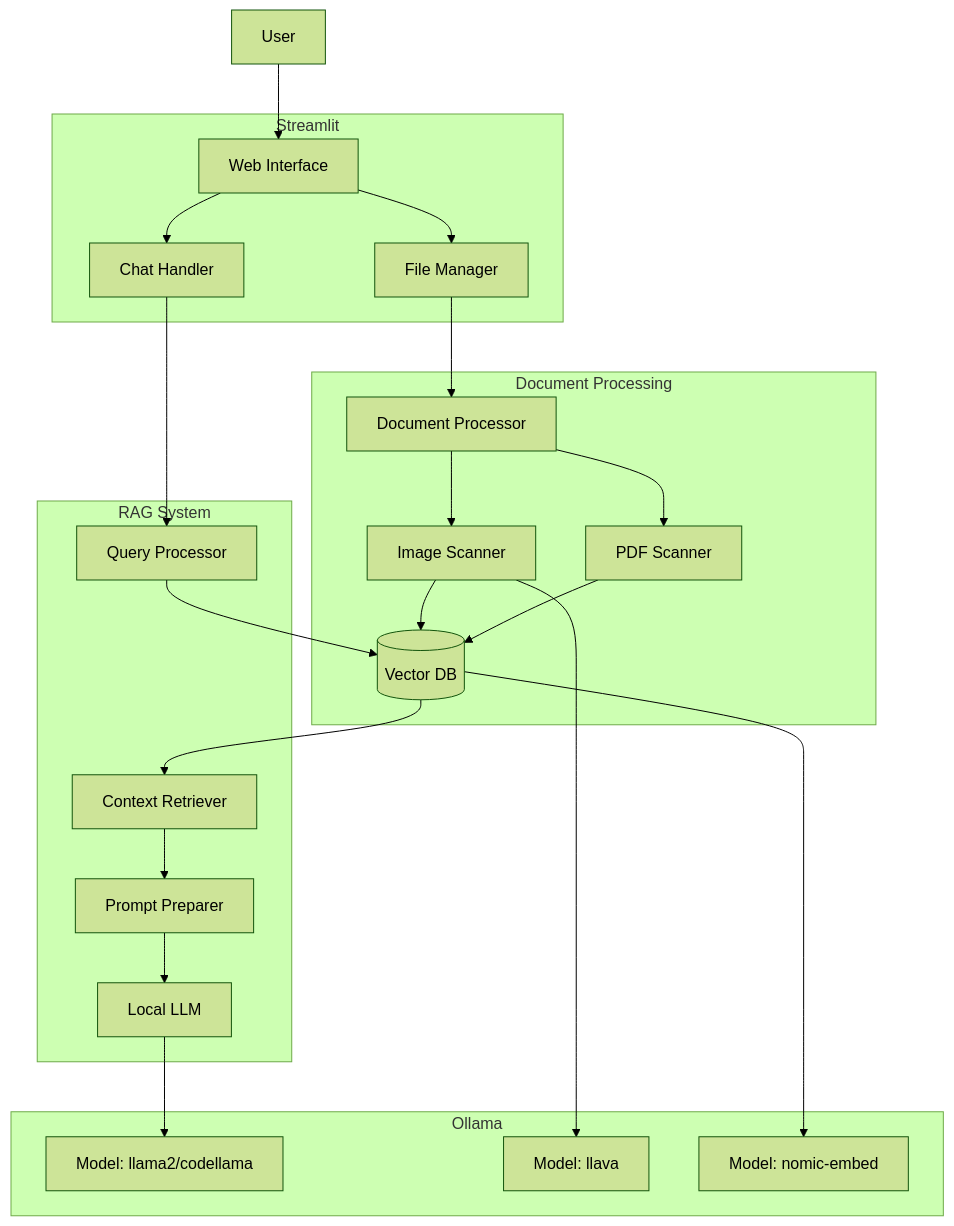
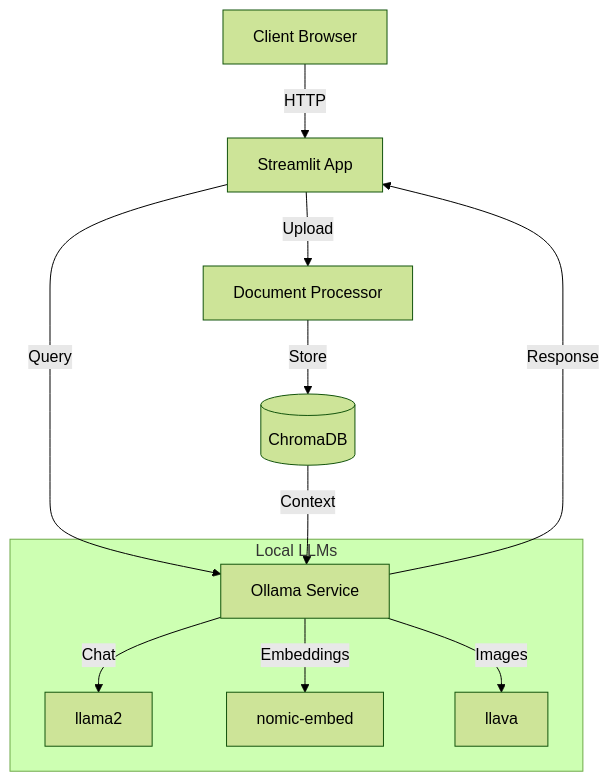
The first of 3 diagrams in README.md (khaosans/basic-chat), drawn with Mermaid (forest theme) before and after one commit. The commit also changed other lines of this file and 5 other files, not shown here.

````diff
--- a/README.md
+++ b/README.md
@@ -28,30 +8,15 @@
 ```mermaid
-graph TB
-    U[User] --> W[Web Interface]
-    subgraph Streamlit
-        W --> FM[File Manager]
-        W --> CH[Chat Handler]
-    end
+graph TD
+    A[Client Browser] -->|HTTP| B[Streamlit App]
+    B -->|Upload| C[Document Processor]
+    C -->|Store| D[(ChromaDB)]
+    B -->|Query| E[Ollama Service]
+    D -->|Context| E
+    E -->|Response| B
     
-    subgraph Document Processing
-        FM --> DP[Document Processor]
-        DP --> IS[Image Scanner]
-        DP --> PS[PDF Scanner]
-        IS --> VDB[(Vector DB)]
-        PS --> VDB
-    end
-    
-    subgraph RAG System
-        CH --> QP[Query Processor]
-        QP --> VDB
-        VDB --> CR[Context Retriever]
-        CR --> PP[Prompt Preparer]
-        PP --> LLM[Local LLM]
-    end
-    
-    subgraph Ollama
-        LLM --> OM[Model: llama2/codellama]
-        IS --> LV[Model: llava]
-        VDB --> NE[Model: nomic-embed]
+    subgraph Local LLMs
+        E -->|Chat| F[llama2]
+        E -->|Embeddings| G[nomic-embed]
+        E -->|Images| H[llava]
     end
 ```
````
